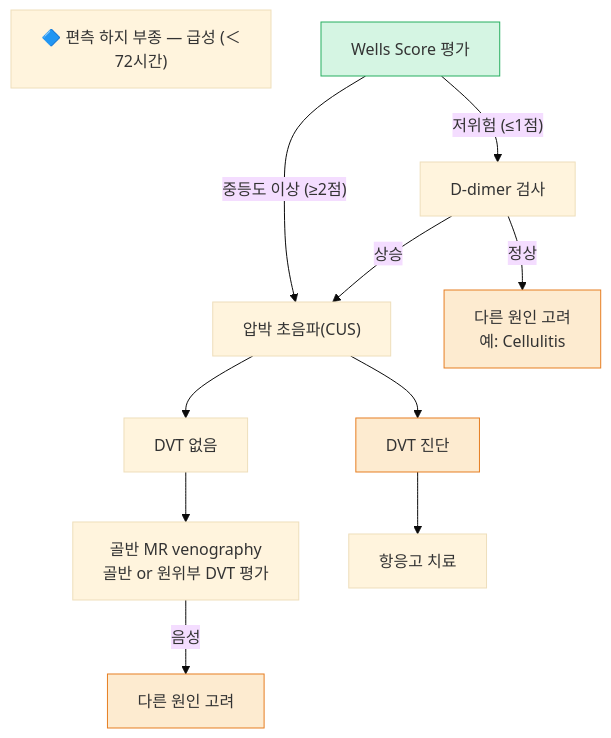
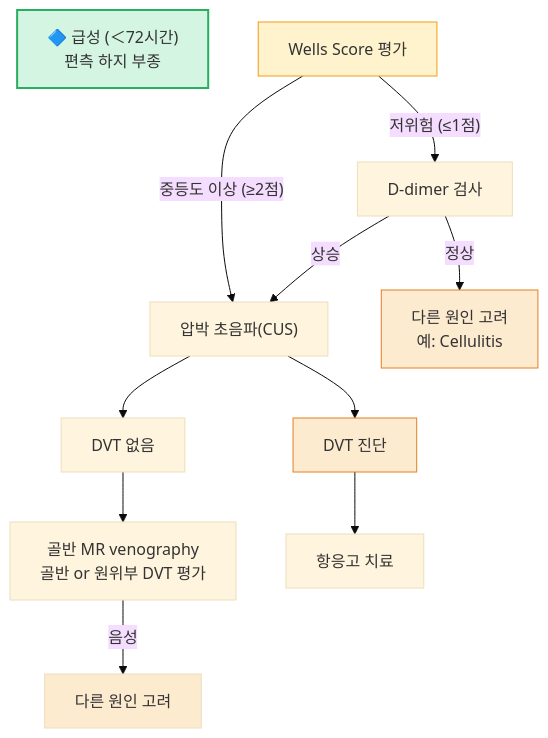
One commit to familyoh77/familyoh77 changed the first of 4 diagrams in 220_/012_-edema.md. Above: the diagram before and after it, drawn with Mermaid (base theme). The commit also changed other lines of this file, not shown here.

````diff
--- a/220_/012_-edema.md
+++ b/220_/012_-edema.md
@@ -163,23 +157,23 @@
 ```mermaid
 graph TD
-SG1["🔷 편측 하지 부종 — 급성 (＜72시간)"]
+SG1["🔷 급성 (＜72시간)<br/>편측 하지 부종"]
         B["Wells Score 평가"]
         B -- "저위험 (≤1점)" --> C["D-dimer 검사"]
         B -- "중등도 이상 (≥2점)" --> D["압박 초음파(CUS)"]
         C -- "정상" --> E["다른 원인 고려
 예: Cellulitis"]
         C -- "상승" --> D
         D --> F["DVT 없음"]
         D --> G["DVT 진단"]
         F --> H["골반 MR venography
 골반 or 원위부 DVT 평가"]
         G --> I["항응고 치료"]
         H -- "음성" --> J["다른 원인 고려"]
 
 
-
-    style B fill:#d5f5e3,stroke:#27ae60
+style SG1 fill:#d5f5e3,stroke:#27ae60,stroke-width:2px
+    style B fill:#fff3cd,stroke:#f39c12
     style E fill:#fdebd0,stroke:#e67e22
     style G fill:#fdebd0,stroke:#e67e22
-    style J fill:#fdebd0,stroke:#e67e22
+    style J fill:#fdebd0,stroke:#e67e2
 ```
````
